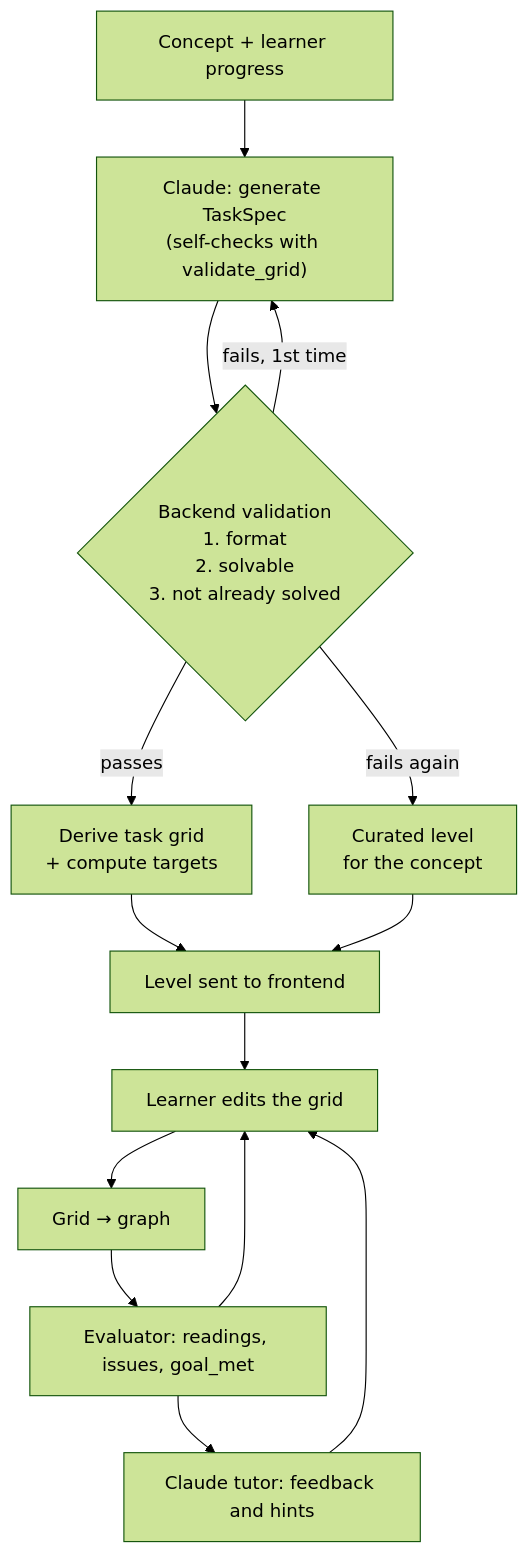
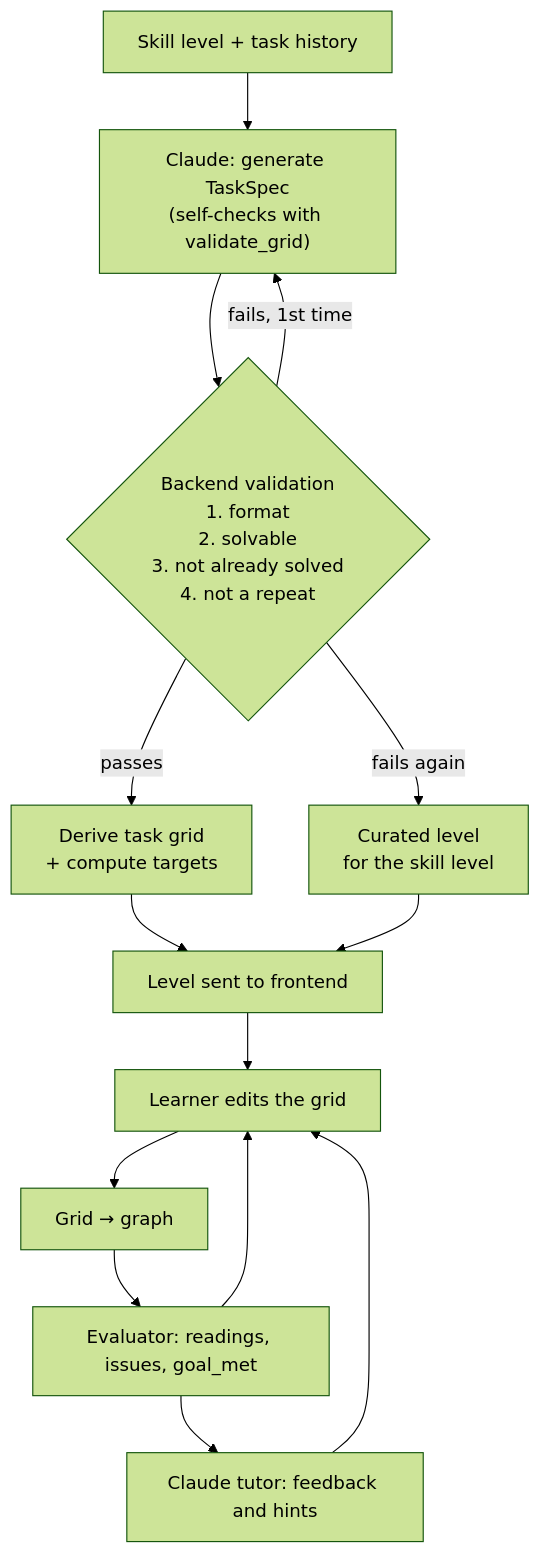
One commit to VOxFF/schematics-ai-tutor changed the first of 2 diagrams in docs/schematics.md. Above: the diagram before and after it, drawn with Mermaid (forest theme). The commit also changed other lines of this file and 4 other files, not shown here.

First line of the commit message:
Define the task generation input: task context and learner context

````diff
--- a/docs/schematics.md
+++ b/docs/schematics.md
@@ -181,16 +181,16 @@
 ```mermaid
 flowchart TD
-    P["Concept + learner progress"] --> G["Claude: generate TaskSpec<br/>(self-checks with validate_grid)"]
-    G --> V{"Backend validation<br/>1. format<br/>2. solvable<br/>3. not already solved"}
+    P["Skill level + task history"] --> G["Claude: generate TaskSpec<br/>(self-checks with validate_grid)"]
+    G --> V{"Backend validation<br/>1. format<br/>2. solvable<br/>3. not already solved<br/>4. not a repeat"}
     V -- "fails, 1st time" --> G
-    V -- "fails again" --> F["Curated level<br/>for the concept"]
+    V -- "fails again" --> F["Curated level<br/>for the skill level"]
     V -- passes --> D["Derive task grid<br/>+ compute targets"]
     D --> L[Level sent to frontend]
     F --> L
     L --> U["Learner edits the grid"]
     U --> GG["Grid → graph"]
     GG --> EV["Evaluator: readings, issues, goal_met"]
     EV --> U
     EV --> T["Claude tutor: feedback and hints"]
     T --> U
 ```
````
